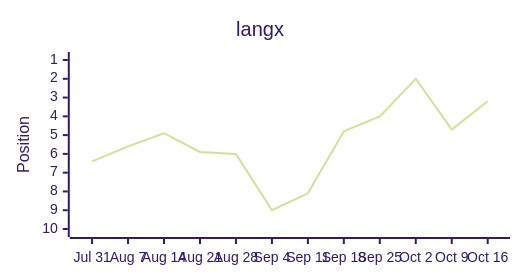
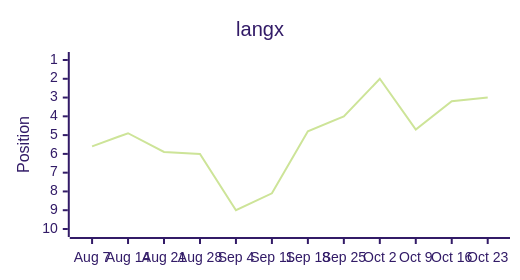
Before and after one commit to langx/website: the ninth of 13 diagrams in latest.md, drawn with Mermaid (forest theme). The commit also changed other lines of this file and 2 other files, not shown here.

````diff
--- a/latest.md
+++ b/latest.md
@@ -138,13 +138,13 @@
 ```mermaid
 ---
 config:
   xyChart:
     width: 500
     height: 260
 ---
 xychart-beta
   title "langx"
-  x-axis ["Jul 31", "Aug 7", "Aug 14", "Aug 21", "Aug 28", "Sep 4", "Sep 11", "Sep 18", "Sep 25", "Oct 2", "Oct 9", "Oct 16"]
+  x-axis ["Aug 7", "Aug 14", "Aug 21", "Aug 28", "Sep 4", "Sep 11", "Sep 18", "Sep 25", "Oct 2", "Oct 9", "Oct 16", "Oct 23"]
   y-axis "Position" 10 --> 1
-  line [6.4, 5.6, 4.9, 5.9, 6, 9, 8.1, 4.8, 4, 2, 4.7, 3.2]
+  line [5.6, 4.9, 5.9, 6, 9, 8.1, 4.8, 4, 2, 4.7, 3.2, 3]
 ```
````
